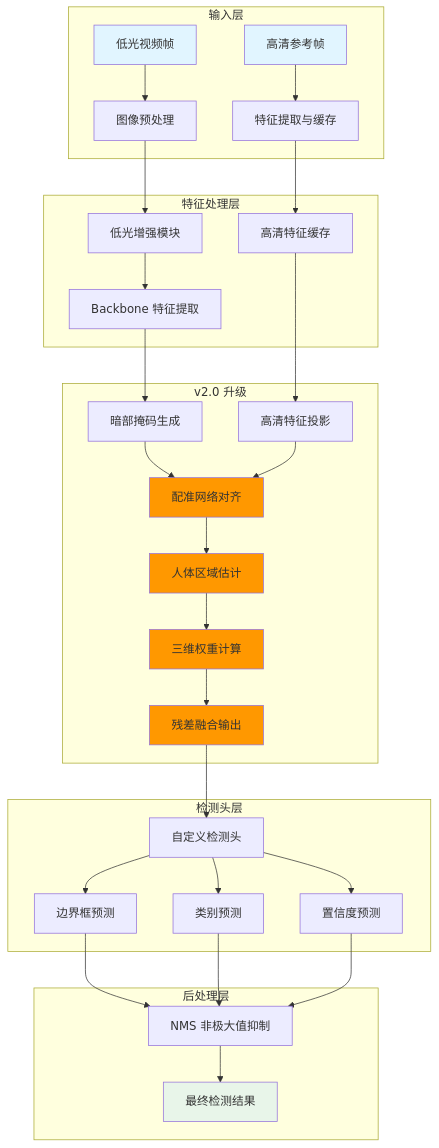
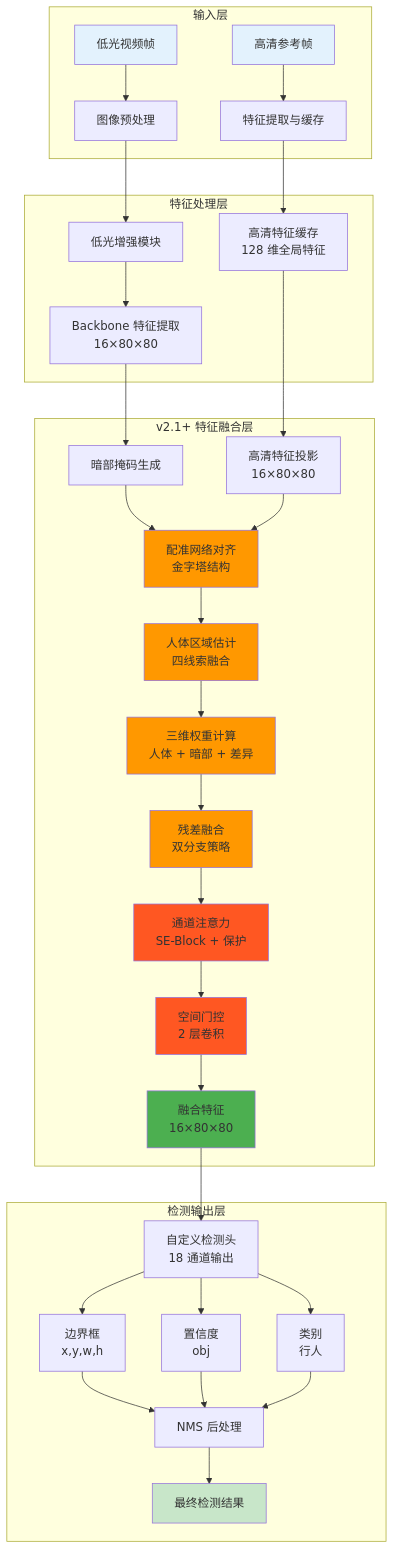
Before and after one commit to moonway0127/yolo_low_light_enhance: the first of 5 diagrams in README.md, drawn with Mermaid. The commit also changed other lines of this file and 25 other files, not shown here.

````diff
--- a/README.md
+++ b/README.md
@@ -48,45 +47,48 @@
 ```mermaid
 graph TB
     subgraph 输入层
         A[低光视频帧] --> B[图像预处理]
         C[高清参考帧] --> D[特征提取与缓存]
     end
     
     subgraph 特征处理层
         B --> E[低光增强模块]
-        E --> F[Backbone 特征提取]
-        D --> G[高清特征缓存]
+        E --> F[Backbone 特征提取<br/>16×80×80]
+        D --> G[高清特征缓存<br/>128 维全局特征]
     end
     
-    subgraph 特征融合层[v2.0 升级]
-        F --> H1[暗部掩码生成]
-        G --> I1[高清特征投影]
-        H1 --> J1[配准网络对齐]
-        I1 --> J1
-        J1 --> K1[人体区域估计]
-        K1 --> L1[三维权重计算]
-        L1 --> M1[残差融合输出]
+    subgraph v2.1+ 特征融合层
+        F --> H[暗部掩码生成]
+        G --> I[高清特征投影<br/>16×80×80]
+        H --> J[配准网络对齐<br/>金字塔结构]
+        I --> J
+        J --> K[人体区域估计<br/>四线索融合]
+        K --> L[三维权重计算<br/>人体 + 暗部 + 差异]
+        L --> M[残差融合<br/>双分支策略]
+        M --> N[通道注意力<br/>SE-Block + 保护]
+        N --> O[空间门控<br/>2 层卷积]
+        O --> P[融合特征<br/>16×80×80]
     end
     
-    subgraph 检测头层
-        M1 --> N[自定义检测头]
-        N --> O[边界框预测]
-        N --> P[类别预测]
-        N --> Q[置信度预测]
+    subgraph 检测输出层
+        P --> Q[自定义检测头<br/>18 通道输出]
+        Q --> R[边界框<br/>x,y,w,h]
+        Q --> S[置信度<br/>obj]
+        Q --> T[类别<br/>行人]
+        R --> U[NMS 后处理]
+        S --> U
+        T --> U
+        U --> V[最终检测结果]
     end
     
-    subgraph 后处理层
-        O --> R[NMS 非极大值抑制]
-        P --> R
-        Q --> R
-        R --> S[最终检测结果]
-    end
-    
-    style A fill:#e1f5ff
-    style C fill:#e1f5ff
-    style S fill:#e8f5e9
-    style J1 fill:#ff9800
-    style K1 fill:#ff9800
-    style L1 fill:#ff9800
-    style M1 fill:#ff9800
+    style A fill:#e3f2fd
+    style C fill:#e3f2fd
+    style V fill:#c8e6c9
+    style J fill:#ff9800
+    style K fill:#ff9800
+    style L fill:#ff9800
+    style M fill:#ff9800
+    style N fill:#ff5722
+    style O fill:#ff5722
+    style P fill:#4caf50
 ```
````
